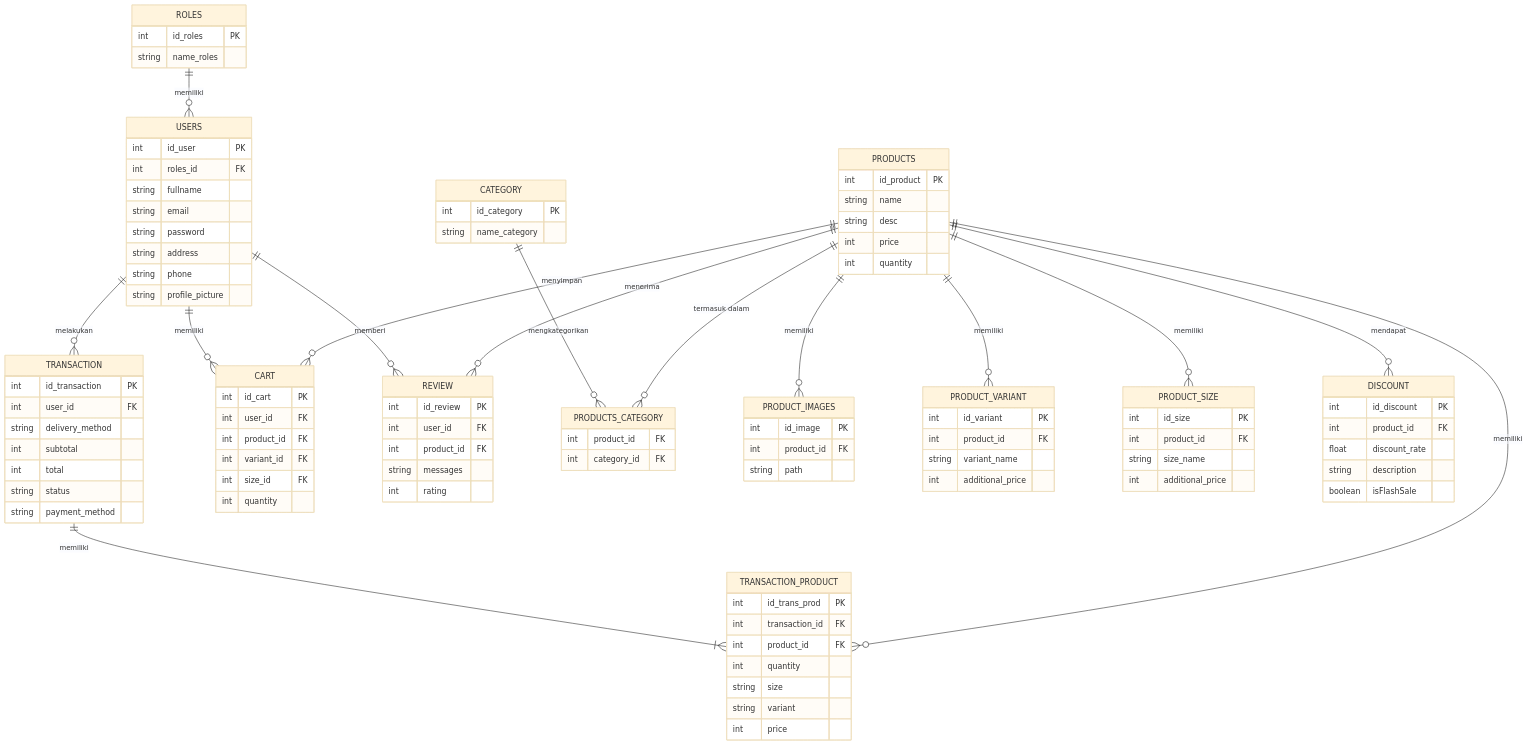
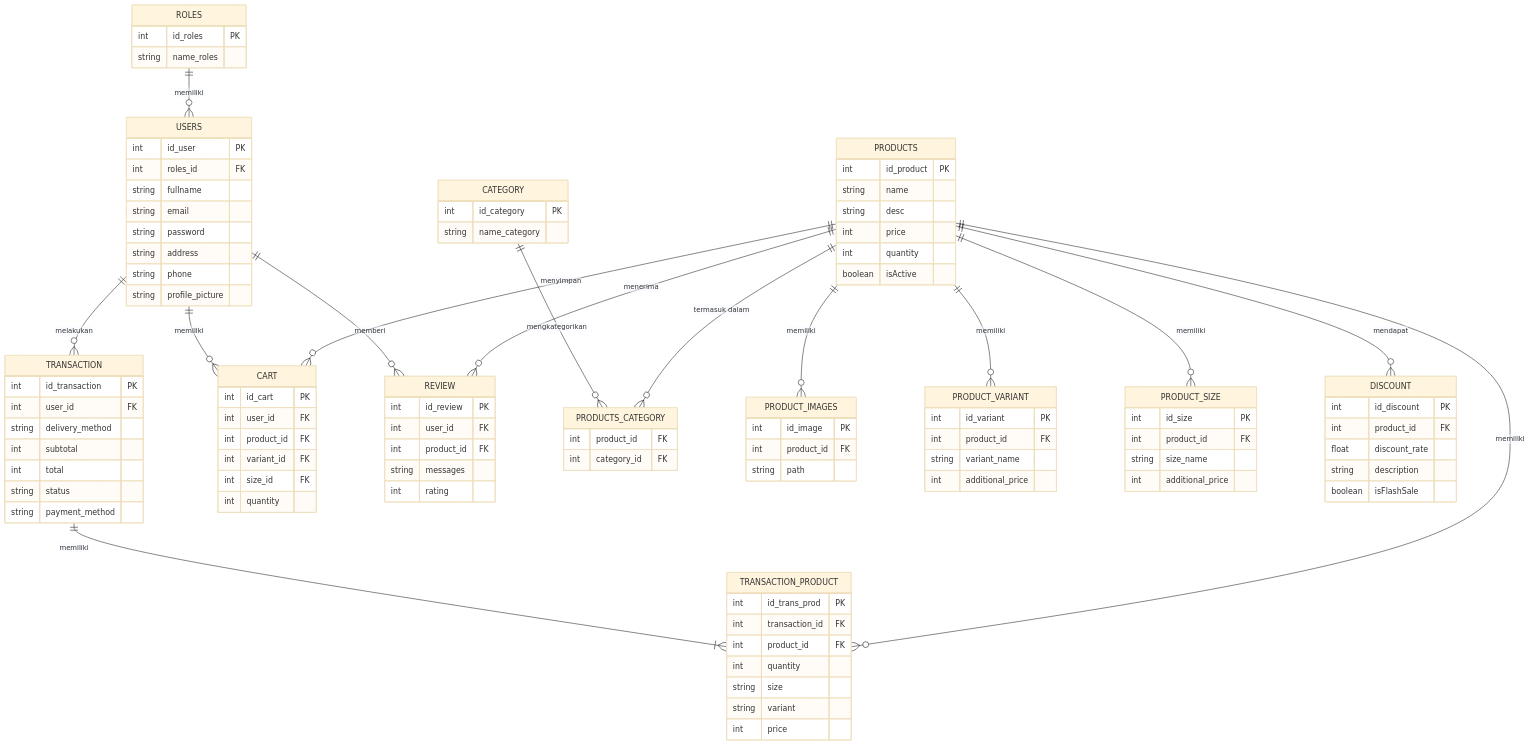
One commit to Vincentius31/koda-b6-db changed the diagram in README.md. Above: the diagram before and after it, drawn with Mermaid (base theme).

Commit message:
feat: adding entity for the products

```diff
--- a/README.md
+++ b/README.md
@@ -42,6 +42,7 @@
         string desc
         int price
         int quantity
+        boolean isActive
     }
 
     CATEGORY {
```
